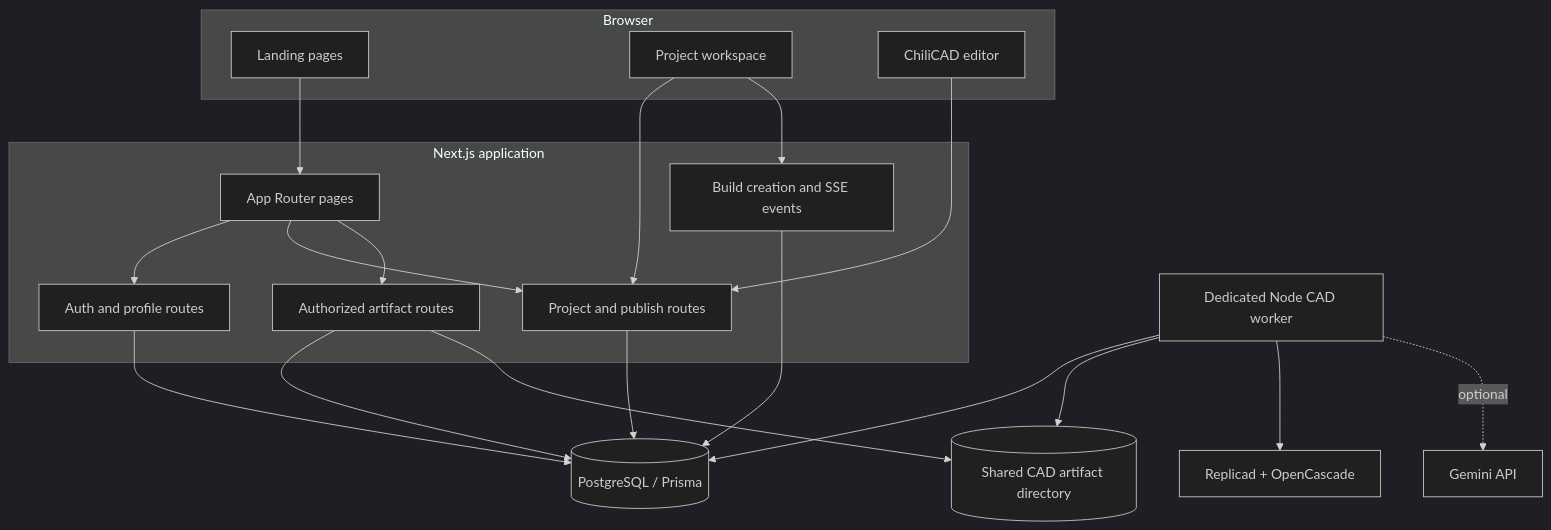
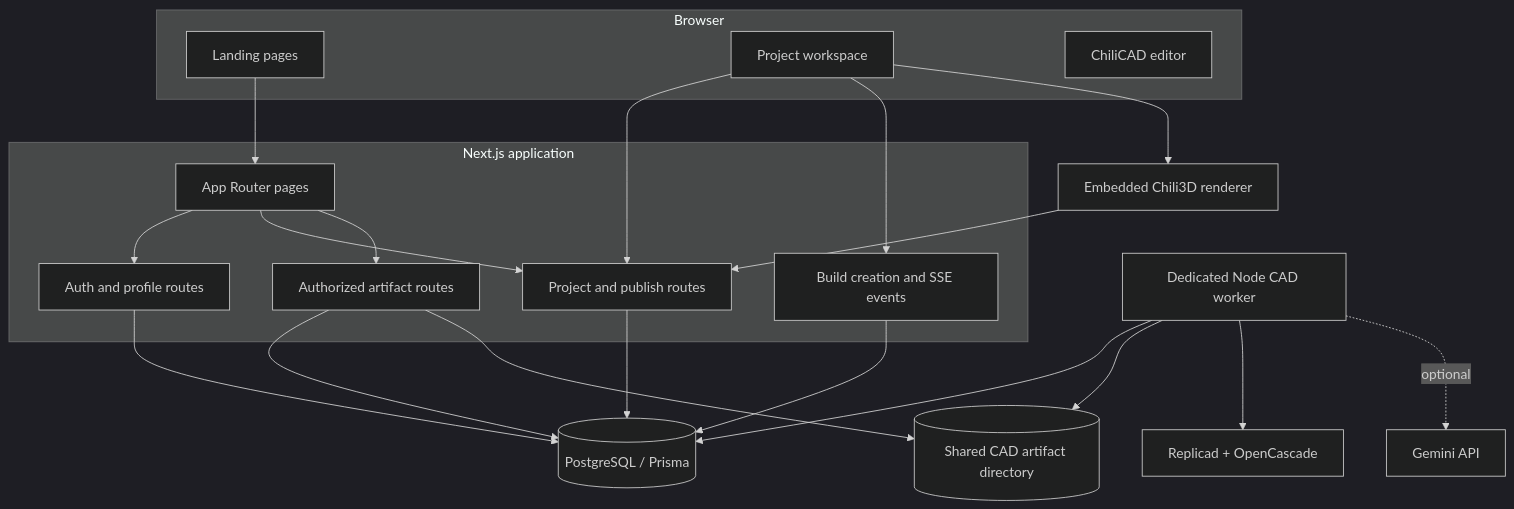
The third of 4 diagrams in README.md (MananKakkar1/CadPilot), drawn with Mermaid (dark theme) before and after one commit. The commit also changed other lines of this file, not shown here.

````diff
--- a/README.md
+++ b/README.md
@@ -59,39 +59,40 @@
 ```mermaid
 flowchart TB
   subgraph Client[Browser]
     Landing[Landing pages]
     Workspace[Project workspace]
     Editor[ChiliCAD editor]
   end
 
   subgraph Web[Next.js application]
     Pages[App Router pages]
     Auth[Auth and profile routes]
     Projects[Project and publish routes]
     Builds[Build creation and SSE events]
     Files[Authorized artifact routes]
   end
 
   DB[(PostgreSQL / Prisma)]
   Vol[(Shared CAD artifact directory)]
   Worker[Dedicated Node CAD worker]
   LLM[Gemini API]
   Kernel[Replicad + OpenCascade]
 
   Landing --> Pages
   Workspace --> Projects
   Workspace --> Builds
-  Editor --> Projects
+  Workspace --> Chili[Embedded Chili3D renderer]
+  Chili --> Projects
   Pages --> Auth
   Pages --> Projects
   Pages --> Files
   Auth --> DB
   Projects --> DB
   Builds --> DB
   Files --> DB
   Worker --> DB
   Worker --> Vol
   Worker --> Kernel
   Worker -. optional .-> LLM
   Files --> Vol
 ```
````
